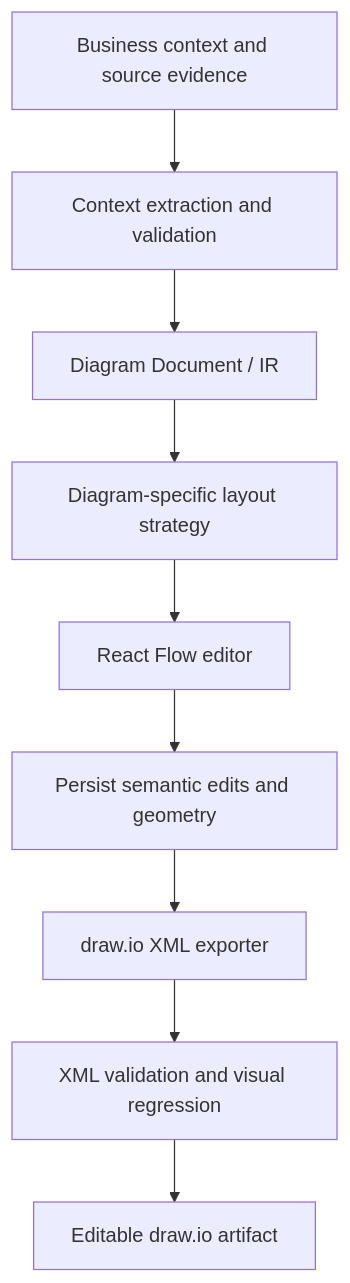
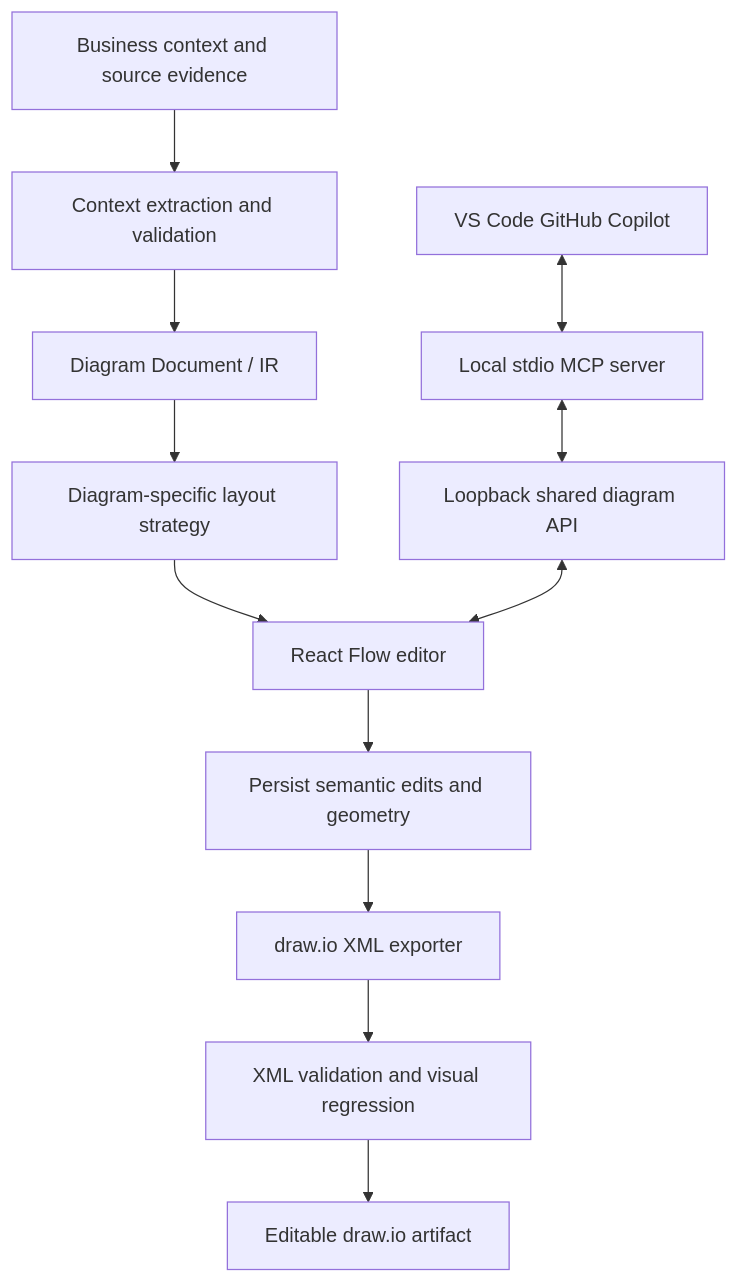
The first of 4 diagrams in docs/architecture.md (saga/architecture-diagram-studio), drawn with Mermaid before and after one commit. The commit also changed other lines of this file, not shown here.

Commit message:
Document shared diagram API and VS Code MCP flow

````diff
--- a/docs/architecture.md
+++ b/docs/architecture.md
@@ -8,11 +8,14 @@
 ```mermaid
 flowchart TD
   A[Business context and source evidence] --> B[Context extraction and validation]
   B --> C[Diagram Document / IR]
   C --> D[Diagram-specific layout strategy]
   D --> E[React Flow editor]
   E --> F[Persist semantic edits and geometry]
   F --> G[draw.io XML exporter]
   G --> H[XML validation and visual regression]
   H --> I[Editable draw.io artifact]
+  Copilot[VS Code GitHub Copilot] <--> MCP[Local stdio MCP server]
+  MCP <--> API[Loopback shared diagram API]
+  API <--> E
 ```
````
